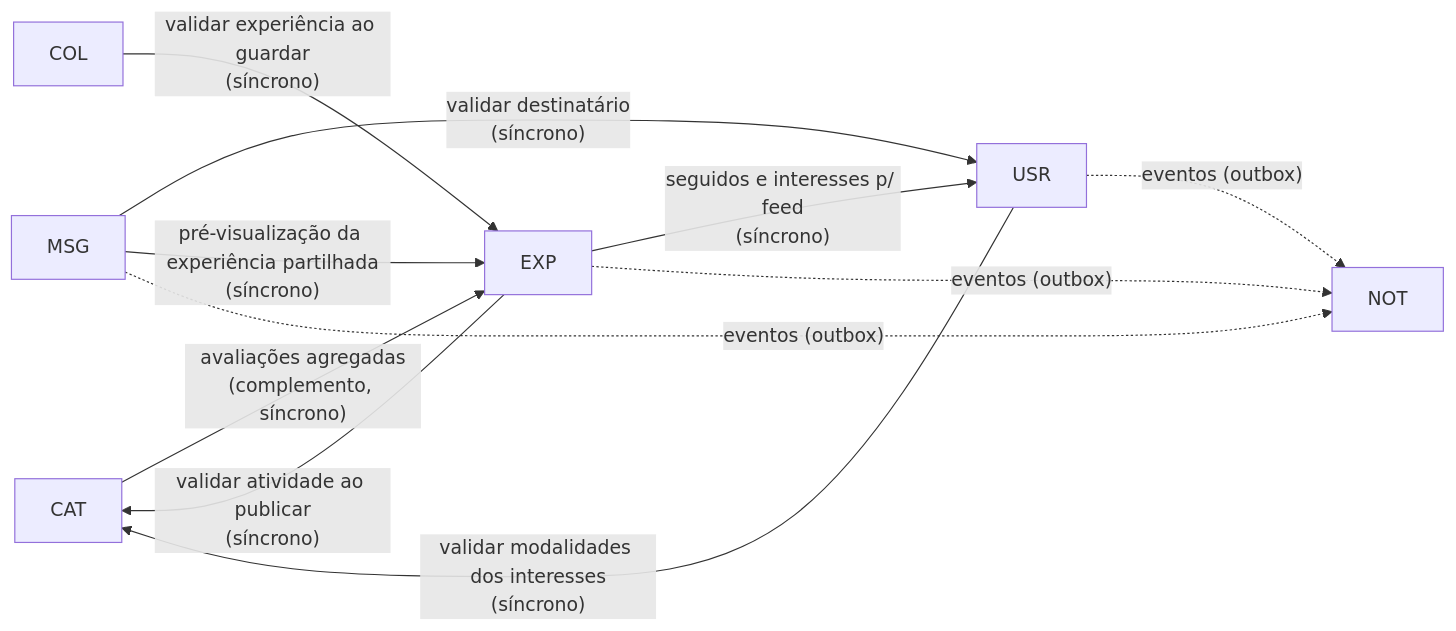
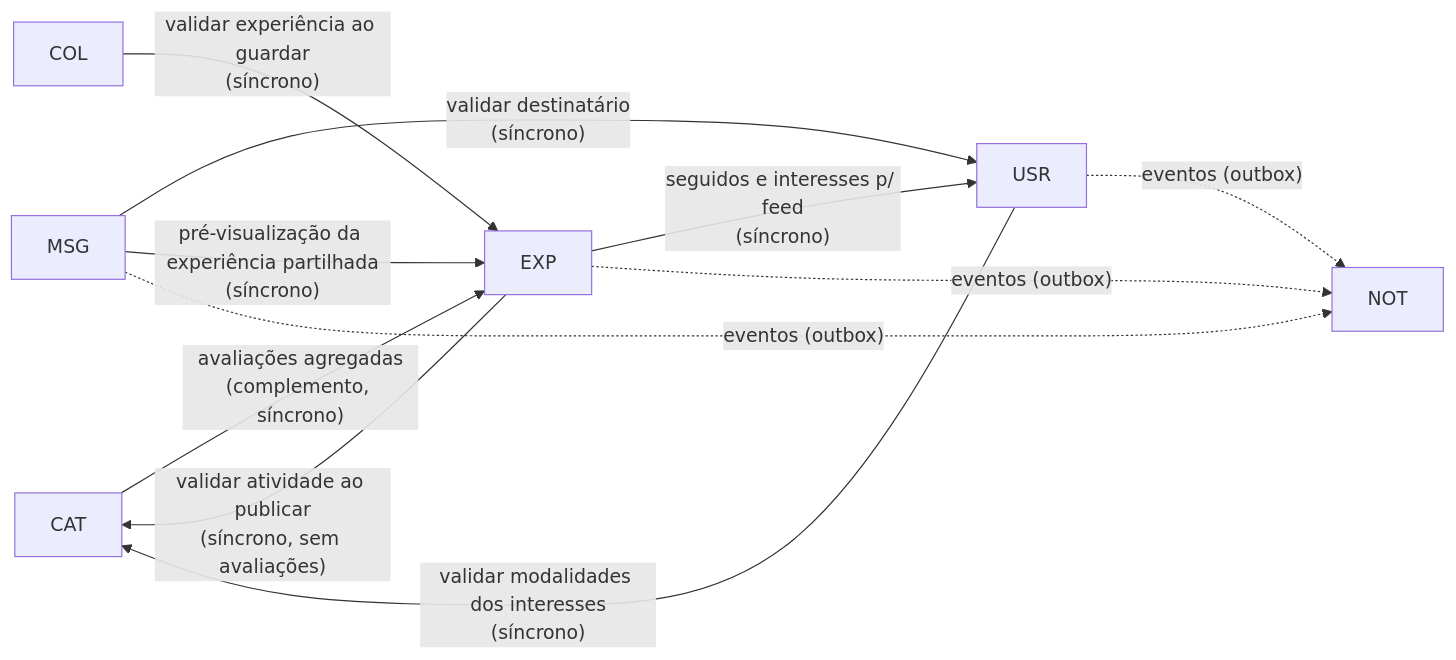
Before and after one commit to rafapamplona/PortoFit: the second of 2 diagrams in docs/arquitetura.md, drawn with Mermaid. The commit also changed other lines of this file and 3 other files, not shown here.

````diff
--- a/docs/arquitetura.md
+++ b/docs/arquitetura.md
@@ -421,13 +422,13 @@
 ```mermaid
 flowchart LR
     CAT -- "avaliações agregadas<br/>(complemento, síncrono)" --> EXP
-    EXP -- "validar atividade ao publicar<br/>(síncrono)" --> CAT
+    EXP -- "validar atividade ao publicar<br/>(síncrono, sem avaliações)" --> CAT
     EXP -- "seguidos e interesses p/ feed<br/>(síncrono)" --> USR
     USR -- "validar modalidades dos interesses<br/>(síncrono)" --> CAT
     COL -- "validar experiência ao guardar<br/>(síncrono)" --> EXP
     MSG -- "validar destinatário<br/>(síncrono)" --> USR
     MSG -- "pré-visualização da experiência partilhada<br/>(síncrono)" --> EXP
     USR -. "eventos (outbox)" .-> NOT
     EXP -. "eventos (outbox)" .-> NOT
     MSG -. "eventos (outbox)" .-> NOT
 ```
````
